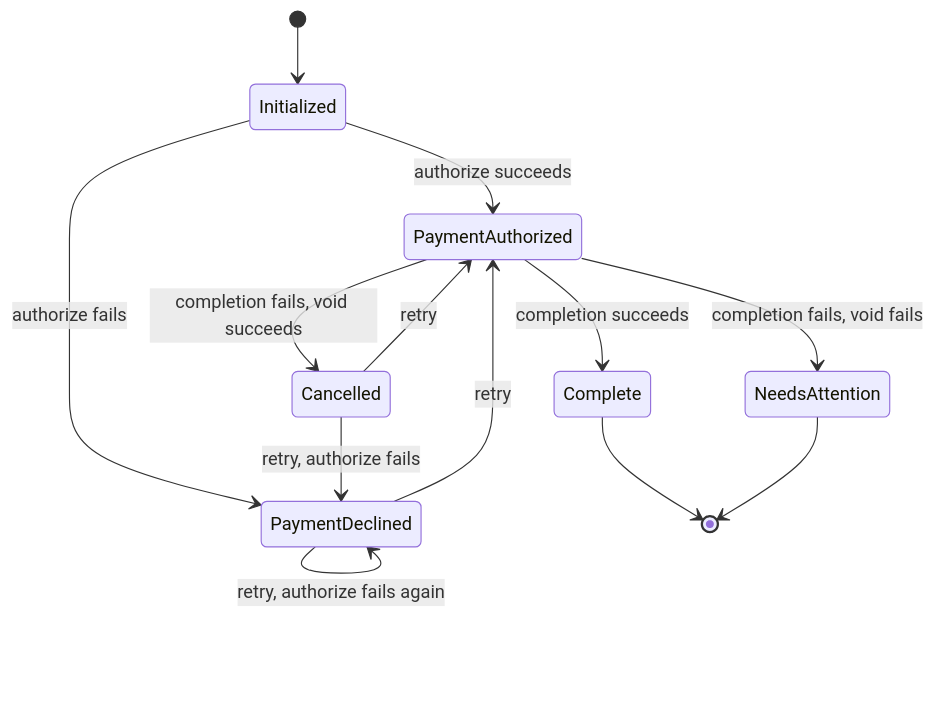
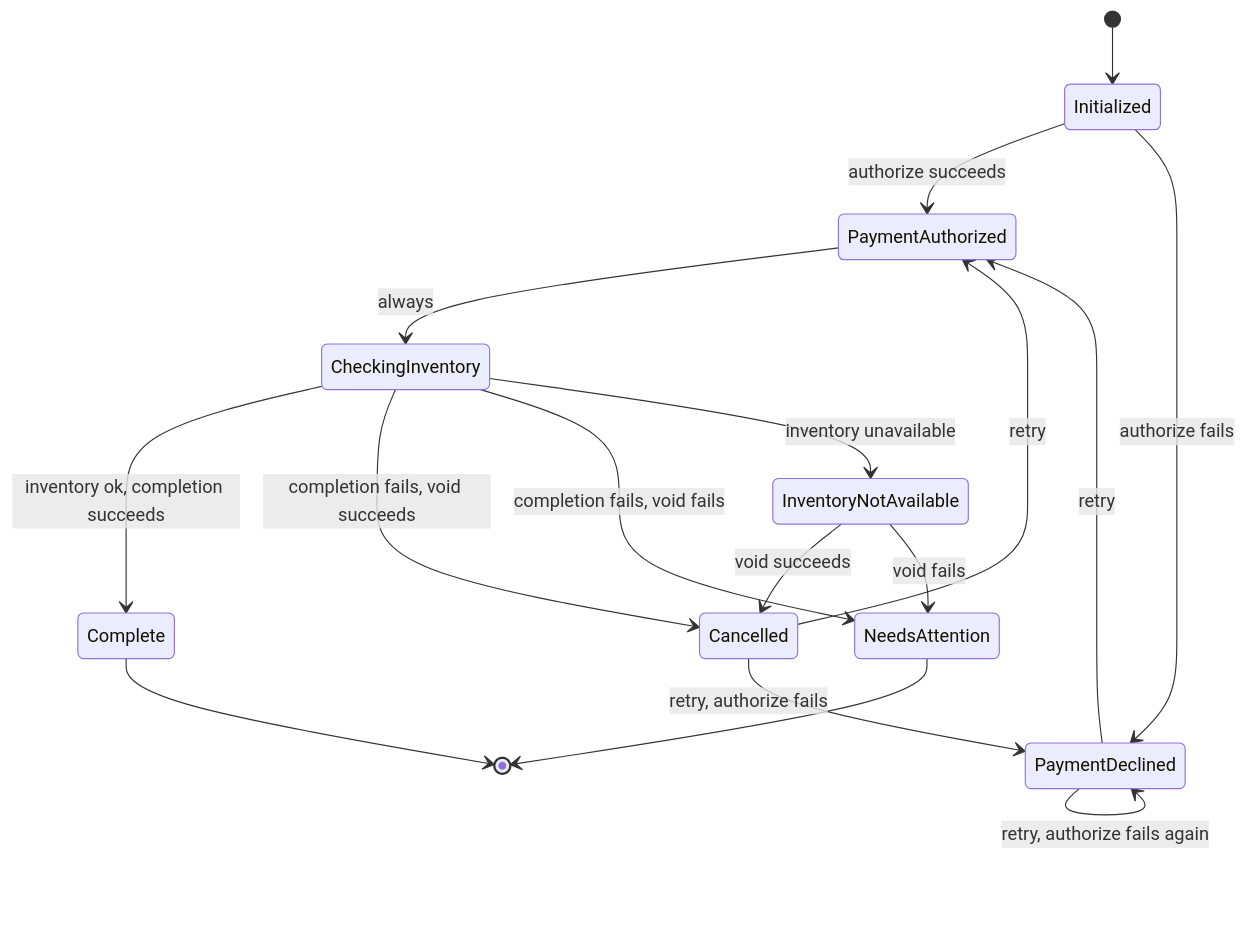
The diagram in README.md (loschorts/gt_assessment), drawn with Mermaid before and after one commit. The commit also changed other lines of this file and 7 other files, not shown here.

First line of the commit message:
add CheckingInventory and InventoryNotAvailable states to order state machine

````diff
--- a/README.md
+++ b/README.md
@@ -53,19 +57,25 @@
 ```mermaid
 stateDiagram-v2
     [*] --> Initialized
 
     Initialized --> PaymentAuthorized : authorize succeeds
     Initialized --> PaymentDeclined : authorize fails
 
-    PaymentAuthorized --> Complete : completion succeeds
-    PaymentAuthorized --> Cancelled : completion fails, void succeeds
-    PaymentAuthorized --> NeedsAttention : completion fails, void fails
+    PaymentAuthorized --> CheckingInventory : always
+
+    CheckingInventory --> Complete : inventory ok, completion succeeds
+    CheckingInventory --> Cancelled : completion fails, void succeeds
+    CheckingInventory --> NeedsAttention : completion fails, void fails
+    CheckingInventory --> InventoryNotAvailable : inventory unavailable
+
+    InventoryNotAvailable --> Cancelled : void succeeds
+    InventoryNotAvailable --> NeedsAttention : void fails
 
     PaymentDeclined --> PaymentAuthorized : retry
     PaymentDeclined --> PaymentDeclined : retry, authorize fails again
     Cancelled --> PaymentAuthorized : retry
     Cancelled --> PaymentDeclined : retry, authorize fails
 
     Complete --> [*]
     NeedsAttention --> [*]
 ```
````
